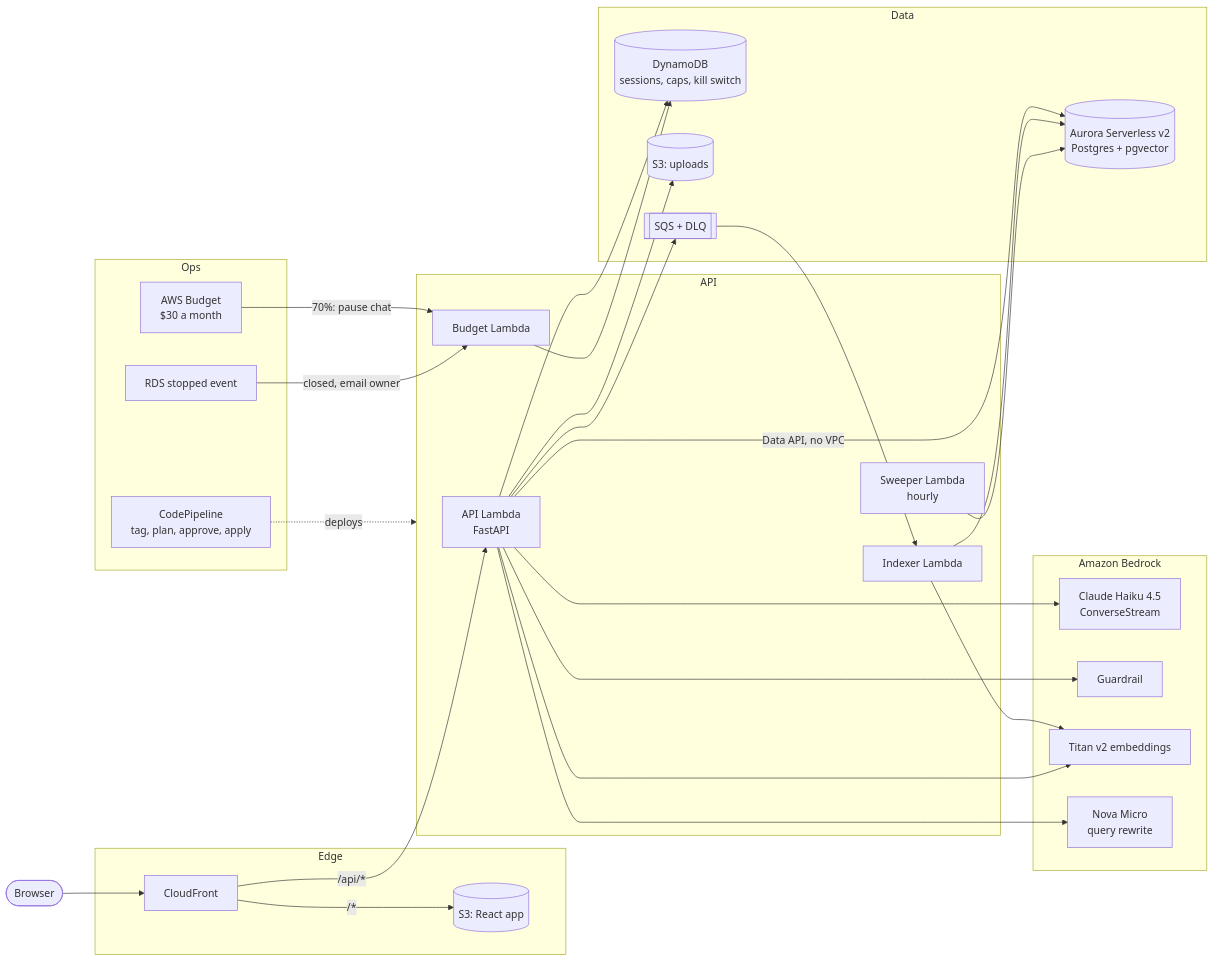
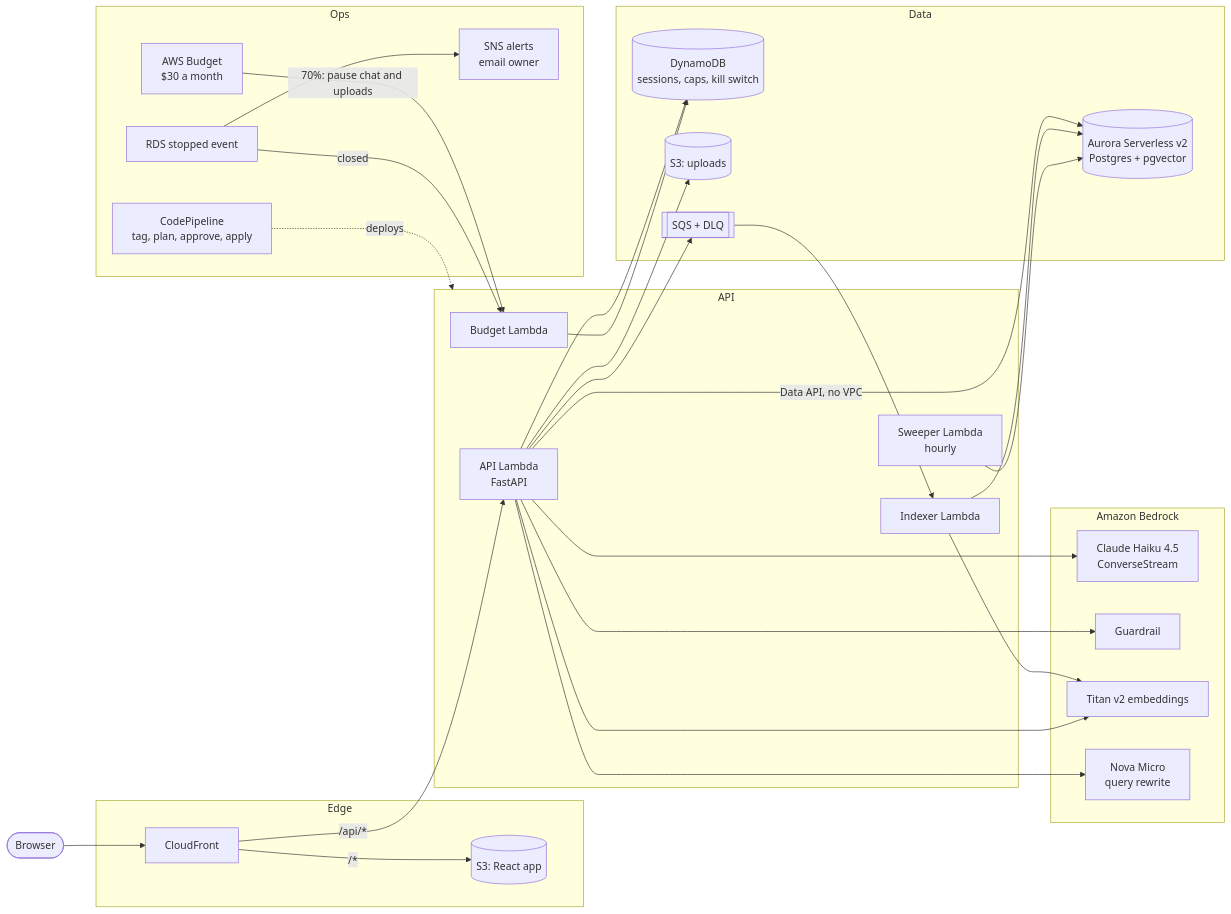
One commit to ahochoy/phoebe-onboarding changed the diagram in README.md. Above: the diagram before and after it, drawn with Mermaid. The commit also changed other lines of this file, not shown here.

````diff
--- a/README.md
+++ b/README.md
@@ -26,55 +26,57 @@
 ```mermaid
 flowchart LR
   user([Browser])
 
   subgraph Edge
     cf[CloudFront]
     site[(S3: React app)]
   end
 
   subgraph API
     api[API Lambda<br/>FastAPI]
     worker[Indexer Lambda]
     sweeper[Sweeper Lambda<br/>hourly]
     budgetfn[Budget Lambda]
   end
 
   subgraph Data
     aurora[(Aurora Serverless v2<br/>Postgres + pgvector)]
     ddb[(DynamoDB<br/>sessions, caps, kill switch)]
     uploads[(S3: uploads)]
     sqs[[SQS + DLQ]]
   end
 
   subgraph AI[Amazon Bedrock]
     haiku[Claude Haiku 4.5<br/>ConverseStream]
     guard[Guardrail]
     titan[Titan v2 embeddings]
     nova[Nova Micro<br/>query rewrite]
   end
 
   subgraph Ops
     budget[AWS Budget<br/>$30 a month]
     rdsev[RDS stopped event]
+    alerts[SNS alerts<br/>email owner]
     pipe[CodePipeline<br/>tag, plan, approve, apply]
   end
 
   user --> cf
   cf -->|"/*"| site
   cf -->|"/api/*"| api
   api -->|Data API, no VPC| aurora
   api --> ddb
   api --> uploads
   api --> sqs --> worker
   worker --> titan
   worker --> aurora
   api --> nova
   api --> titan
   api --> guard
   api --> haiku
   sweeper --> aurora
-  budget -->|70%: pause chat| budgetfn
-  rdsev -->|closed, email owner| budgetfn
+  budget -->|70%: pause chat and uploads| budgetfn
+  rdsev -->|closed| budgetfn
+  rdsev --> alerts
   budgetfn --> ddb
   pipe -.->|deploys| API
 ```
````
